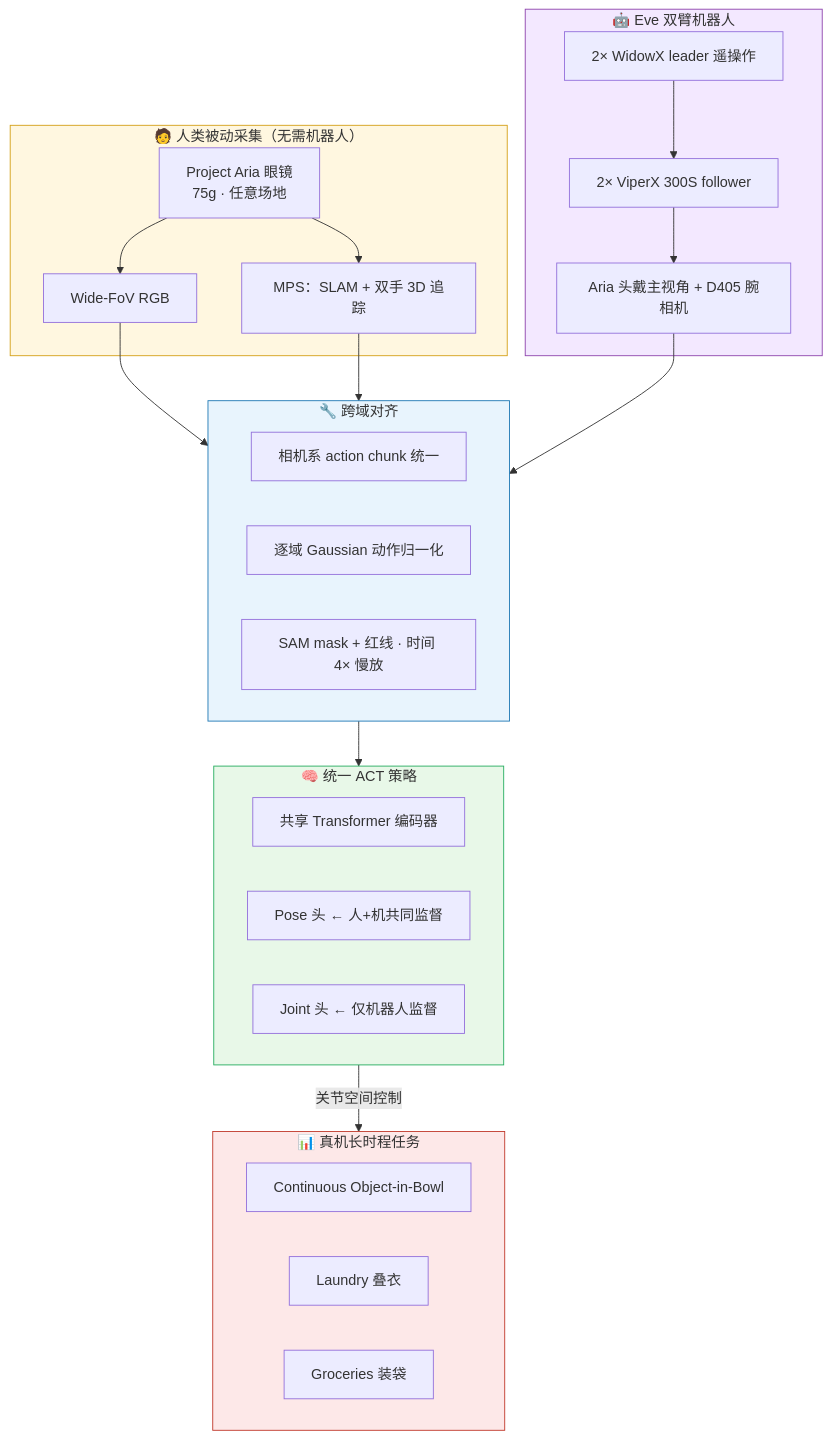
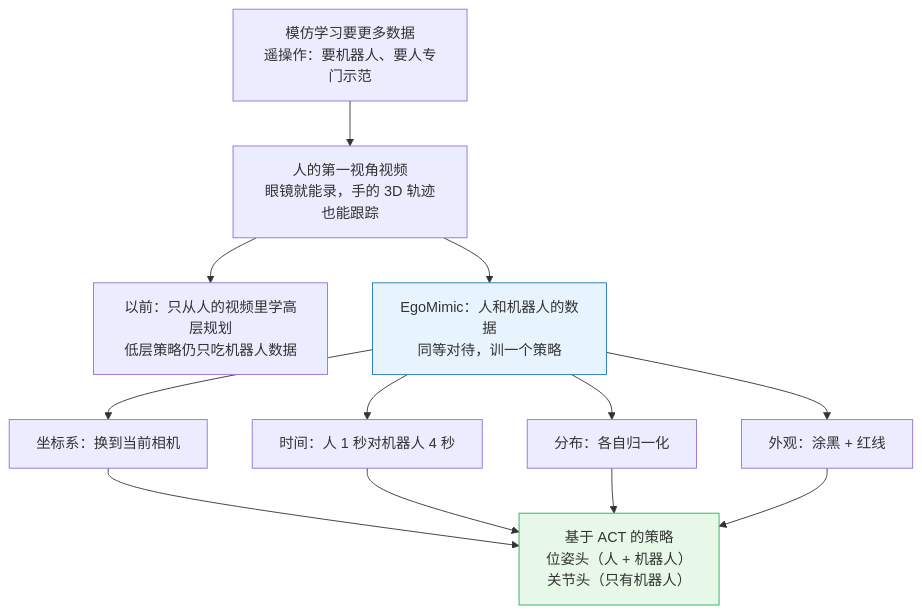
One commit to ImChong/Robot_Learning_Paper_Notebooks changed the diagram in papers/06_Manipulation/EgoMimic_Scaling_Imitation_Learning_via_Egocentric_Video/EgoMimic_Scaling_Imitation_Learning_via_Egocentric_Video.md. Above: the diagram before and after it, drawn with Mermaid. The commit also changed other lines of this file and 46 other files, not shown here.

First line of the commit message:
feat(EgoMimic): 重写详情笔记，新增十八幕讲解动画、三个交互演示与配音视频

```diff
--- a/papers/06_Manipulation/EgoMimic_Scaling_Imitation_Learning_via_Egocentric_Video/EgoMimic_Scaling_Imitation_Learning_via_Egocentric_Video.md
+++ b/papers/06_Manipulation/EgoMimic_Scaling_Imitation_Learning_via_Egocentric_Video/EgoMimic_Scaling_Imitation_Learning_via_Egocentric_Video.md
@@ -161,46 +99,17 @@
 <div class="mermaid">
 flowchart TB
-    subgraph HUMAN["🧑 人类被动采集（无需机器人）"]
-        A1["Project Aria 眼镜<br/>75g · 任意场地"]
-        A2["Wide-FoV RGB"]
-        A3["MPS：SLAM + 双手 3D 追踪"]
-    end
+    A["模仿学习要更多数据<br/>遥操作：要机器人、要人专门示范"] --> B["人的第一视角视频<br/>眼镜就能录，手的 3D 轨迹也能跟踪"]
+    B --> C["以前：只从人的视频里学高层规划<br/>低层策略仍只吃机器人数据"]
+    B --> D["EgoMimic：人和机器人的数据<br/>同等对待，训一个策略"]
+    D --> E1["坐标系：换到当前相机"]
+    D --> E2["时间：人 1 秒对机器人 4 秒"]
+    D --> E3["分布：各自归一化"]
+    D --> E4["外观：涂黑 + 红线"]
+    E1 --> F["基于 ACT 的策略<br/>位姿头（人 + 机器人）<br/>关节头（只有机器人）"]
+    E2 --> F
+    E3 --> F
+    E4 --> F
 
-    subgraph ROBOT["🤖 Eve 双臂机器人"]
-        B1["2× ViperX 300S follower"]
-        B2["2× WidowX leader 遥操作"]
-        B3["Aria 头戴主视角 + D405 腕相机"]
-    end
-
-    subgraph ALIGN["🔧 跨域对齐"]
-        C1["相机系 action chunk 统一"]
-        C2["逐域 Gaussian 动作归一化"]
-        C3["SAM mask + 红线 · 时间 4× 慢放"]
-    end
-
-    subgraph POLICY["🧠 统一 ACT 策略"]
-        D1["共享 Transformer 编码器"]
-        D2["Pose 头 ← 人+机共同监督"]
-        D3["Joint 头 ← 仅机器人监督"]
-    end
-
-    subgraph TASKS["📊 真机长时程任务"]
-        E1["Continuous Object-in-Bowl"]
-        E2["Laundry 叠衣"]
-        E3["Groceries 装袋"]
-    end
-
-    A1 --> A2 & A3
-    B2 --> B1
-    B1 --> B3
-    A2 & A3 --> ALIGN
-    B3 --> ALIGN
-    ALIGN --> POLICY
-    POLICY -->|关节空间控制| TASKS
-
-    style HUMAN fill:#fff7e0,stroke:#d4a017
-    style ROBOT fill:#f3e8ff,stroke:#8e44ad
-    style ALIGN fill:#e8f4fd,stroke:#1f78b4
-    style POLICY fill:#e8f8e8,stroke:#27ae60
-    style TASKS fill:#fde8e8,stroke:#c0392b
+    style D fill:#e8f4fd,stroke:#1f78b4
+    style F fill:#e8f8e8,stroke:#27ae60
 </div>
```
